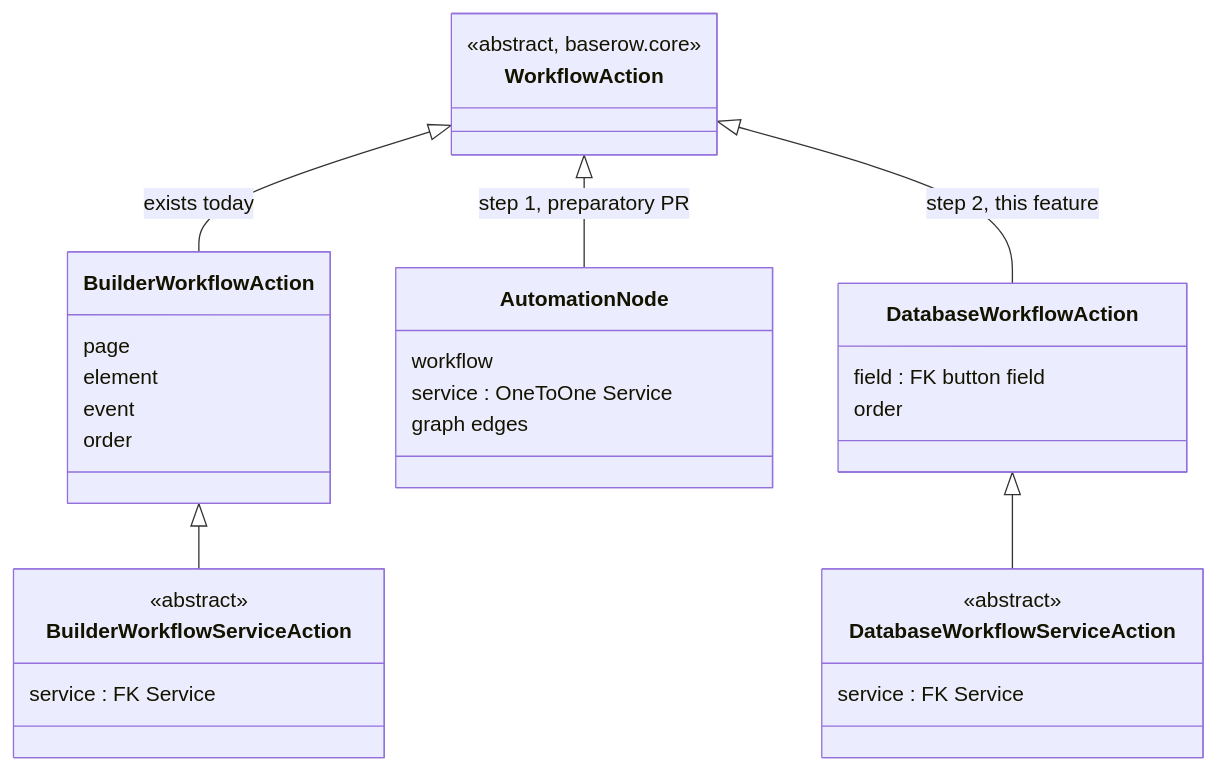
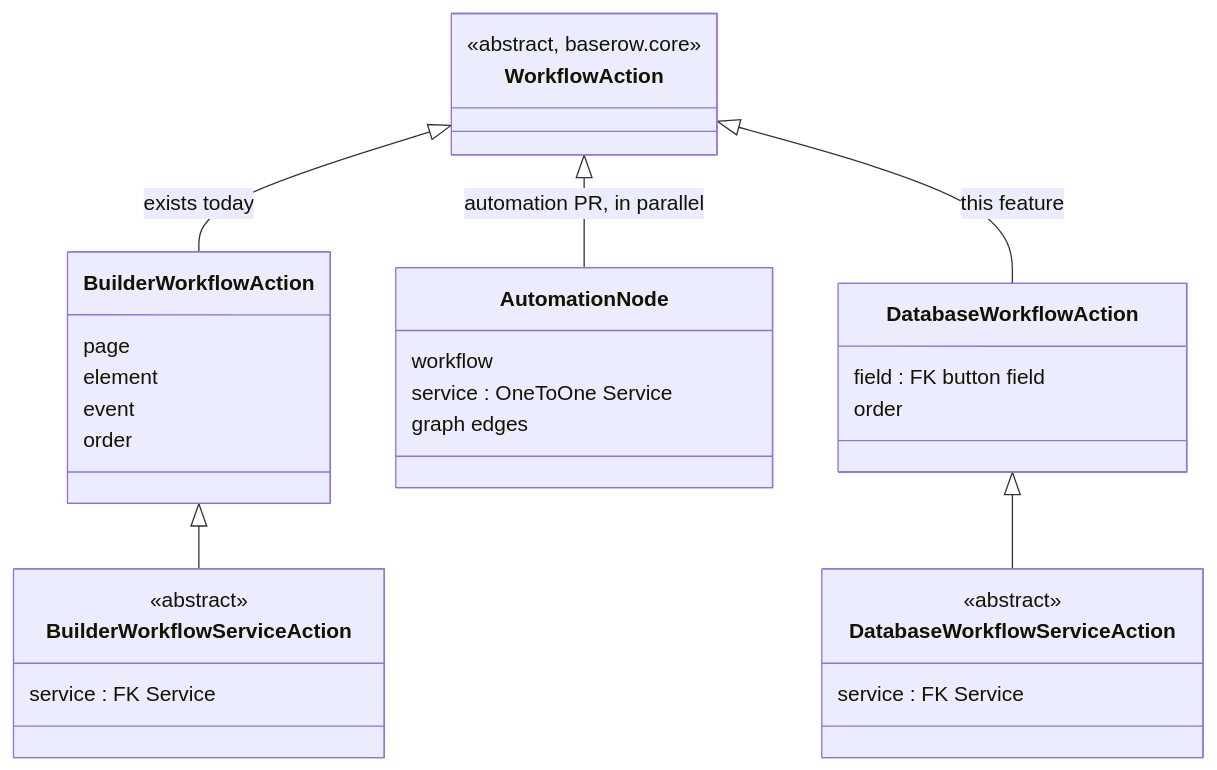
The first of 4 diagrams in docs/decisions/006-button-field-workflow-actions.md (baserow/baserow), drawn with Mermaid before and after one commit. The commit also changed other lines of this file, not shown here.

````diff
--- a/docs/decisions/006-button-field-workflow-actions.md
+++ b/docs/decisions/006-button-field-workflow-actions.md
@@ -66,35 +67,35 @@
 ```mermaid
 classDiagram
     class WorkflowAction {
         <<abstract, baserow.core>>
     }
     class BuilderWorkflowAction {
         page
         element
         event
         order
     }
     class BuilderWorkflowServiceAction {
         <<abstract>>
         service : FK Service
     }
     class AutomationNode {
         workflow
         service : OneToOne Service
         graph edges
     }
     class DatabaseWorkflowAction {
         field : FK button field
         order
     }
     class DatabaseWorkflowServiceAction {
         <<abstract>>
         service : FK Service
     }
 
     WorkflowAction <|-- BuilderWorkflowAction : exists today
     BuilderWorkflowAction <|-- BuilderWorkflowServiceAction
-    WorkflowAction <|-- AutomationNode : step 1, preparatory PR
-    WorkflowAction <|-- DatabaseWorkflowAction : step 2, this feature
+    WorkflowAction <|-- AutomationNode : automation PR, in parallel
+    WorkflowAction <|-- DatabaseWorkflowAction : this feature
     DatabaseWorkflowAction <|-- DatabaseWorkflowServiceAction
 ```
````
